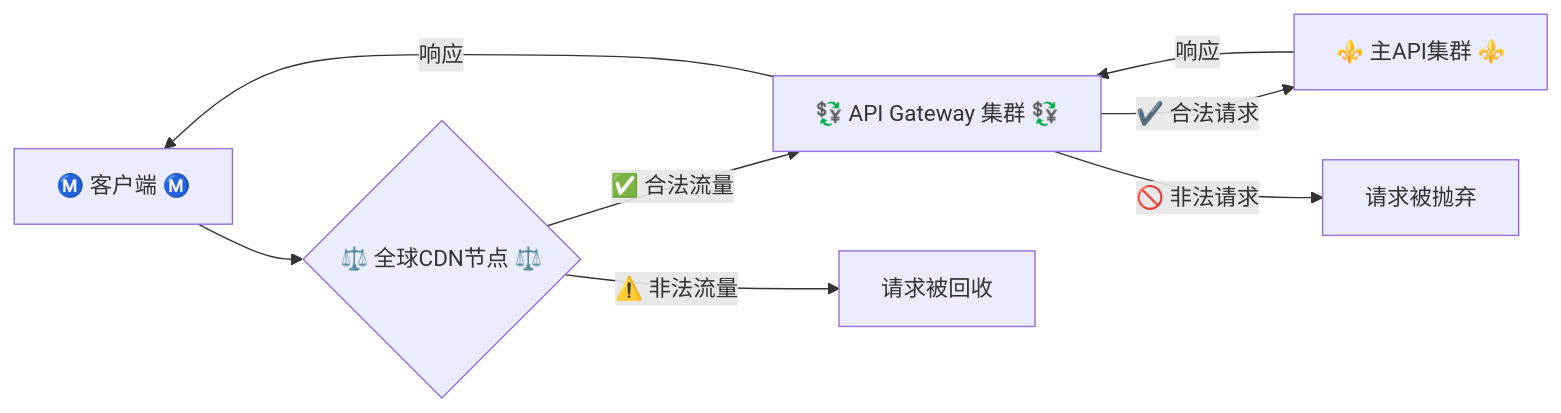
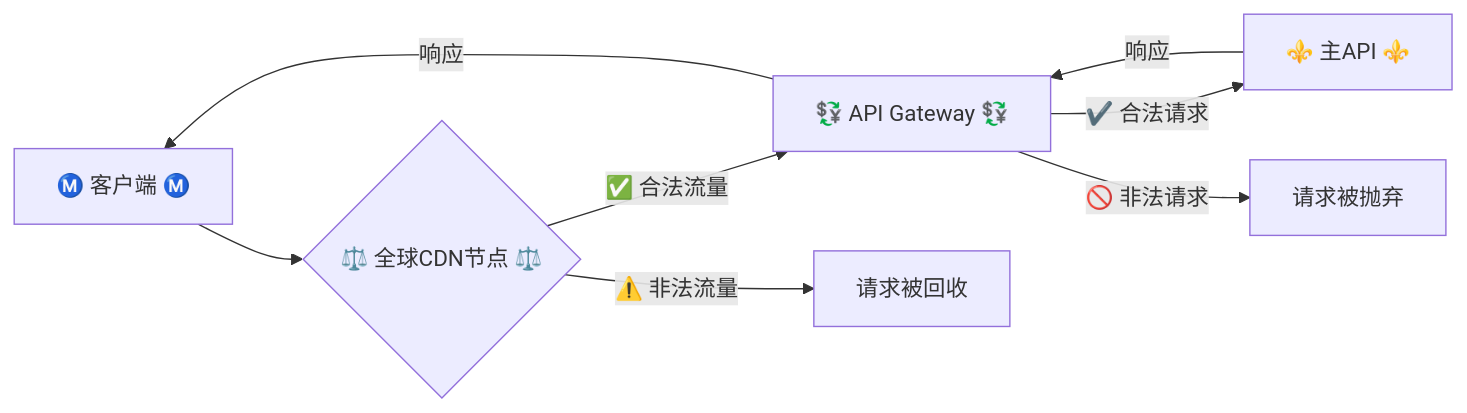
The diagram in README.md (ELDment/TEA-api-docs), drawn with Mermaid before and after one commit.

Commit message:
🍵 TEA-api-docs
🍵 TEA-api-docs

````diff
--- a/README.md
+++ b/README.md
@@ -19,10 +19,10 @@
 ```mermaid
 graph LR
     A[Ⓜ️ 客户端 Ⓜ️] --> B{⚖️ 全球CDN节点 ⚖️}
-    B -->|✅ 合法流量| C[💱 API Gateway 集群 💱]
+    B -->|✅ 合法流量| C[💱 API Gateway 💱]
     C -->|响应| A
     B -->|⚠️ 非法流量| D[请求被回收]
-    C -->|✔️ 合法请求| E[⚜️ 主API集群 ⚜️]
+    C -->|✔️ 合法请求| E[⚜️ 主API ⚜️]
     E -->|响应| C
     C -->|🚫 非法请求| F[请求被抛弃]
 ```
````
